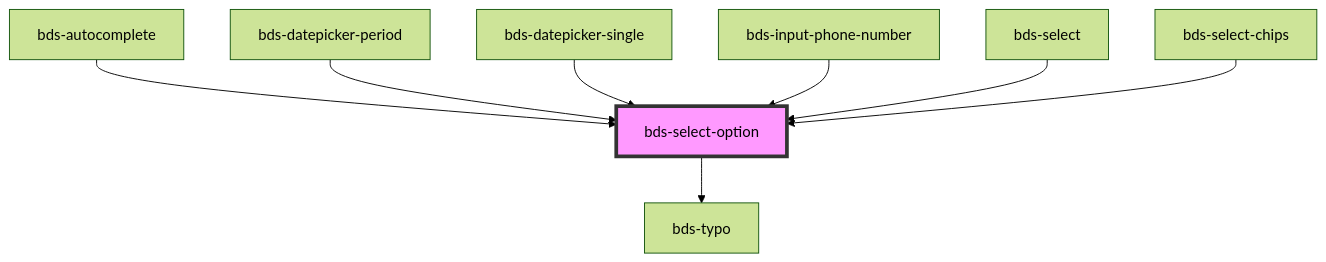
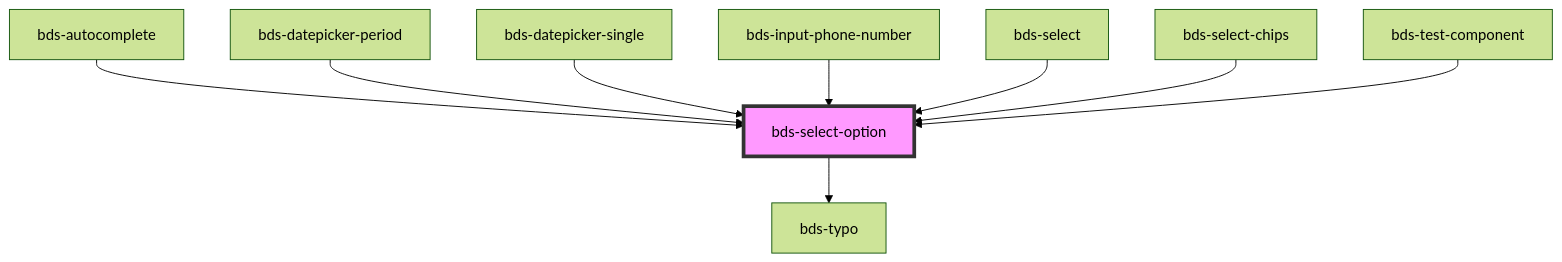
The diagram in src/components/select-option/readme.md (takenet/blip-ds), drawn with Mermaid (forest theme) before and after one commit. The commit also changed other lines of this file and 73 other files, not shown here.

````diff
--- a/src/components/select-option/readme.md
+++ b/src/components/select-option/readme.md
@@ -47,11 +48,12 @@
 ```mermaid
 graph TD;
   bds-select-option --> bds-typo
   bds-autocomplete --> bds-select-option
   bds-datepicker-period --> bds-select-option
   bds-datepicker-single --> bds-select-option
   bds-input-phone-number --> bds-select-option
   bds-select --> bds-select-option
   bds-select-chips --> bds-select-option
+  bds-test-component --> bds-select-option
   style bds-select-option fill:#f9f,stroke:#333,stroke-width:4px
 ```
````
